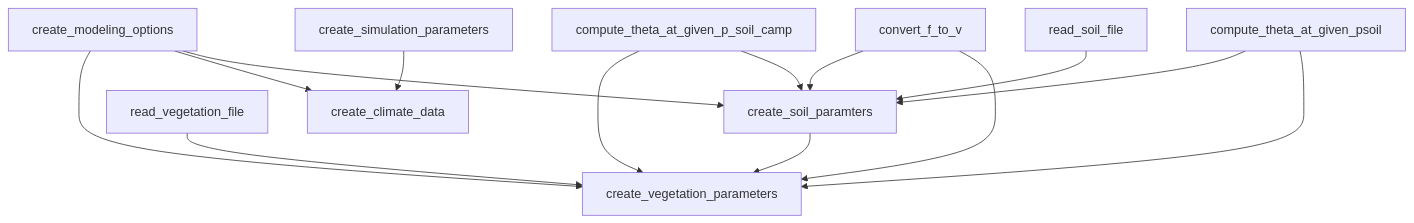
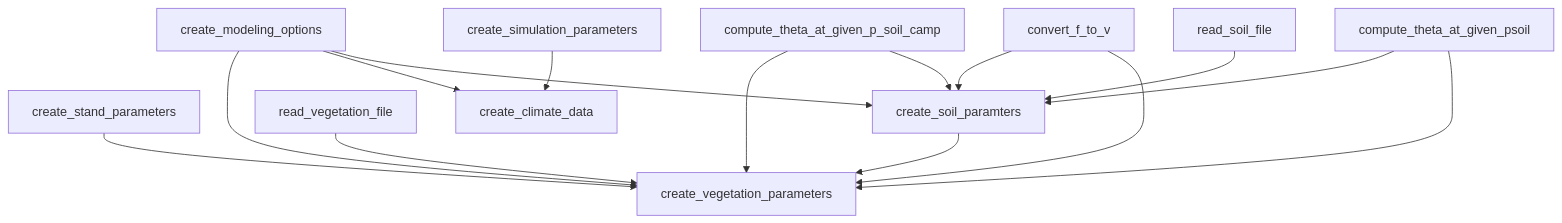
The diagram in README.md (ecamo19/sureau_ecos_py), drawn with Mermaid before and after one commit. The commit also changed 1 other file, not shown here.

Commit message:
Read updated

````diff
--- a/README.md
+++ b/README.md
@@ -19,39 +19,39 @@
 ``` mermaid
     %%{init:{'themeVariables': {'primaryBorderColor': '#00758f'}}}%%
     flowchart TD;
-
         compute_theta_at_given_p_soil_camp-->create_vegetation_parameters;
+        create_stand_parameters-->create_vegetation_parameters;
         create_modeling_options-->create_vegetation_parameters;
         convert_f_to_v-->create_soil_paramters;
         convert_f_to_v-->create_vegetation_parameters;
         read_vegetation_file-->create_vegetation_parameters;
 
         
         create_soil_paramters-->create_vegetation_parameters;
         
         create_modeling_options-->create_climate_data;
         create_simulation_parameters-->create_climate_data;
         
 
         create_modeling_options-->create_soil_paramters;
         read_soil_file-->create_soil_paramters;
         compute_theta_at_given_p_soil_camp-->create_soil_paramters;
         compute_theta_at_given_psoil-->create_soil_paramters;
         compute_theta_at_given_psoil-->create_vegetation_parameters;
         
         
 
         
 
         %% Blue color boxes -----------------------------------------------------
 
         %%style create_climate_data fill:#00758f
         %%style create_modeling_options fill:#00758f
         %%style create_simulation_parameters fill:#00758f, lineColor:#00758f
         %%style create_soil_paramters fill:#00758f
 
 
         %% Red color boxes ------------------------------------------------------
         %%style compute_theta_at_given_psoil fill:#880808
 
 ```
````
